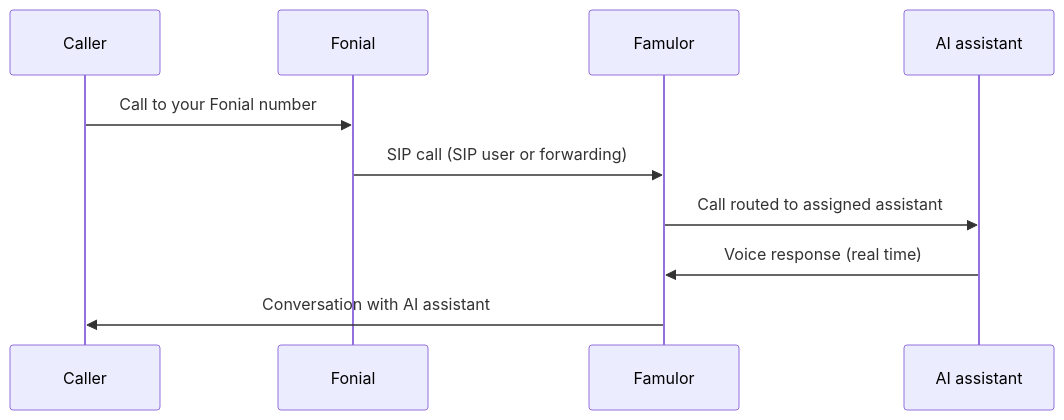
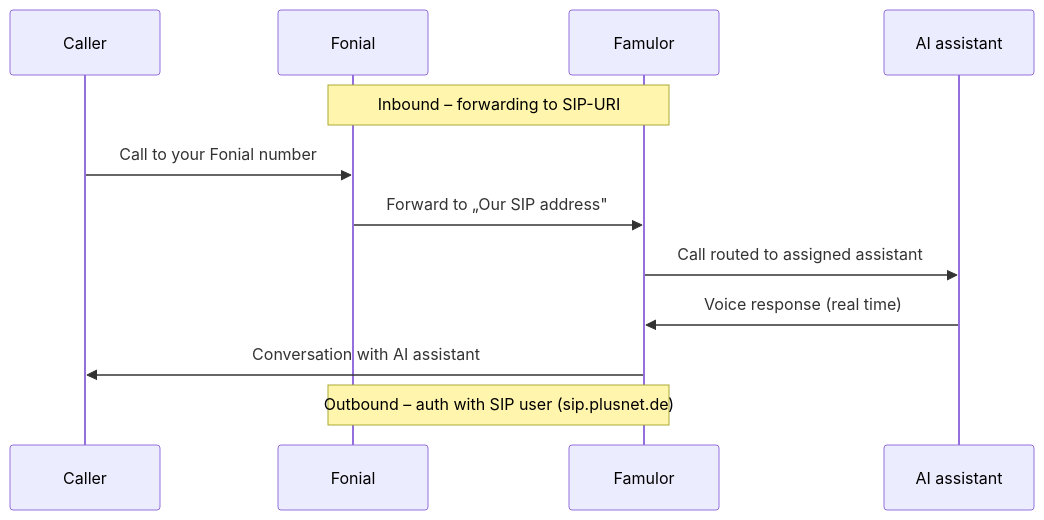
The diagram in en/provisioning/sip-ai/fonial-integration.mdx (bekgroup/Famulor-docs-de), drawn with Mermaid before and after one commit. The commit also changed other lines of this file and 1 other file, not shown here.

````diff
--- a/en/provisioning/sip-ai/fonial-integration.mdx
+++ b/en/provisioning/sip-ai/fonial-integration.mdx
@@ -44,13 +29,15 @@
 ```mermaid theme={null}
 sequenceDiagram
     participant C as Caller
     participant F as Fonial
     participant FA as Famulor
     participant A as AI assistant
 
+    Note over F,FA: Inbound – forwarding to SIP-URI
     C->>F: Call to your Fonial number
-    F->>FA: SIP call (SIP user or forwarding)
+    F->>FA: Forward to „Our SIP address"
     FA->>A: Call routed to assigned assistant
     A->>FA: Voice response (real time)
     FA->>C: Conversation with AI assistant
+    Note over FA,F: Outbound – auth with SIP user (sip.plusnet.de)
 ```
````
